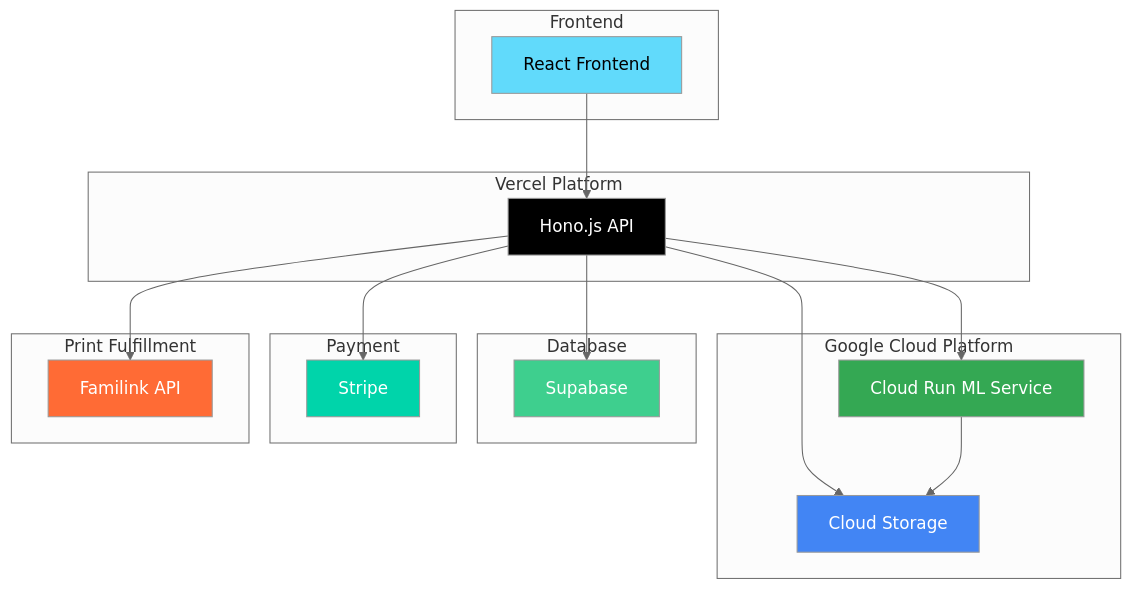
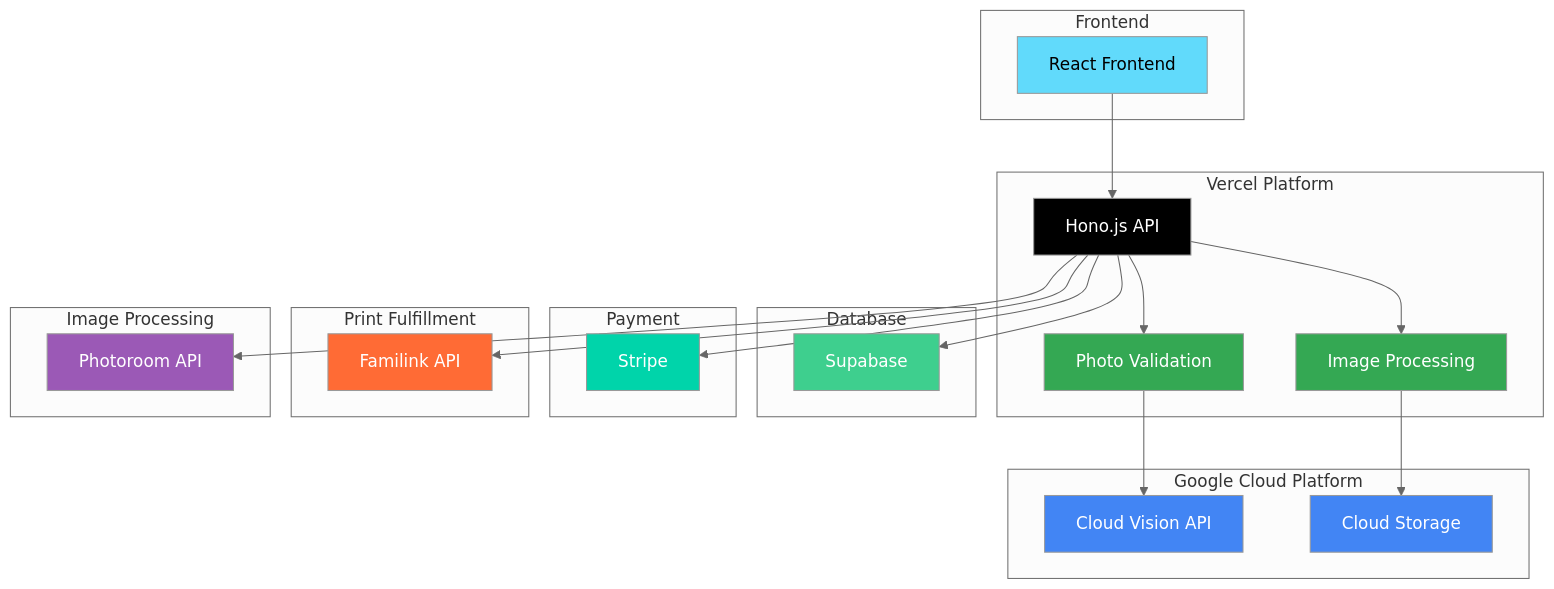
One commit to moistjuggernaut/Notary changed the diagram in README.md. Above: the diagram before and after it, drawn with Mermaid (neutral theme). The commit also changed other lines of this file and 30 other files, not shown here.

````diff
--- a/README.md
+++ b/README.md
@@ -59,43 +55,54 @@
 ```mermaid
 graph TD
     subgraph "Frontend"
         A[React Frontend]
     end
     
     subgraph "Vercel Platform"
         B[Hono.js API]
+        C[Photo Validation]
+        D[Image Processing]
     end
     
     subgraph "Google Cloud Platform"
-        C[Cloud Storage]
-        D[Cloud Run ML Service]
+        E[Cloud Vision API]
+        F[Cloud Storage]
     end
     
     subgraph "Database"
-        E[Supabase]
+        G[Supabase]
     end
     
     subgraph "Payment"
-        F[Stripe]
+        H[Stripe]
     end
     
     subgraph "Print Fulfillment"
-        G[Familink API]
+        I[Familink API]
+    end
+    
+    subgraph "Image Processing"
+        J[Photoroom API]
     end
     
     A --> B
     B --> C
     B --> D
-    B --> E
-    B --> F
+    C --> E
+    D --> F
     B --> G
-    D --> C
+    B --> H
+    B --> I
+    B --> J
     
     style A fill:#61dafb,color:#000
     style B fill:#000,color:#fff
-    style C fill:#4285f4,color:#fff
+    style C fill:#34a853,color:#fff
     style D fill:#34a853,color:#fff
-    style E fill:#3ecf8e,color:#fff
-    style F fill:#00d4aa,color:#fff
-    style G fill:#ff6b35,color:#fff
+    style E fill:#4285f4,color:#fff
+    style F fill:#4285f4,color:#fff
+    style G fill:#3ecf8e,color:#fff
+    style H fill:#00d4aa,color:#fff
+    style I fill:#ff6b35,color:#fff
+    style J fill:#9b59b6,color:#fff
 ```
````
